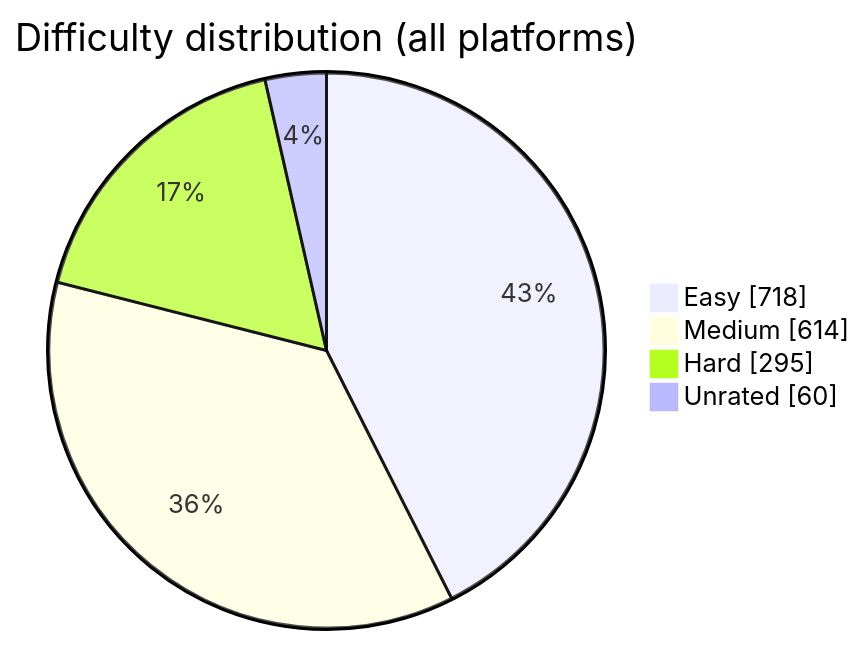
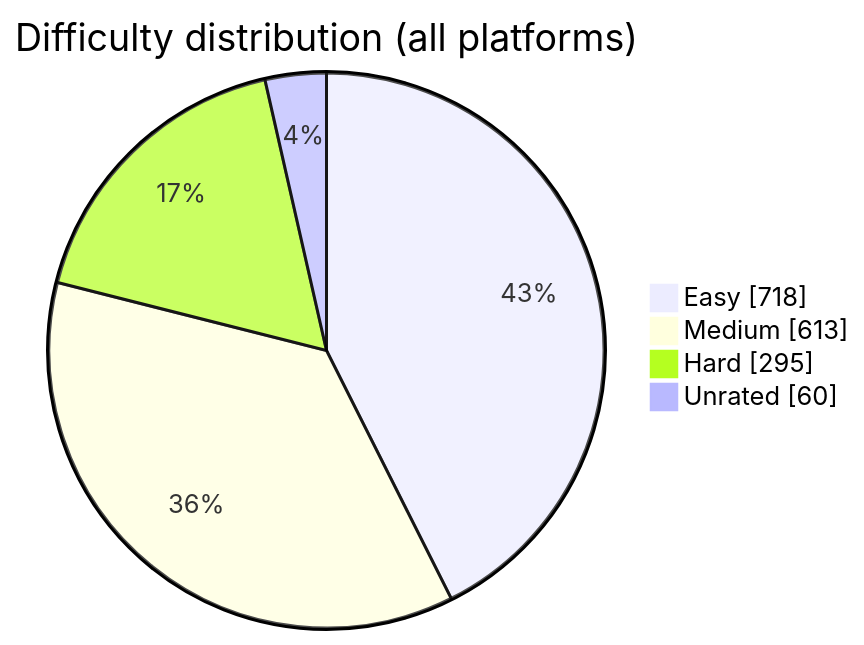
One commit to BuildbyArindam/Daily-Coding-Log changed the diagram in README.md. Above: the diagram before and after it, drawn with Mermaid. The commit also changed other lines of this file, not shown here.

````diff
--- a/README.md
+++ b/README.md
@@ -93,7 +93,7 @@
 ```mermaid
 pie showData title Difficulty distribution (all platforms)
     "Easy" : 718
-    "Medium" : 614
+    "Medium" : 613
     "Hard" : 295
     "Unrated" : 60
 ```
````
